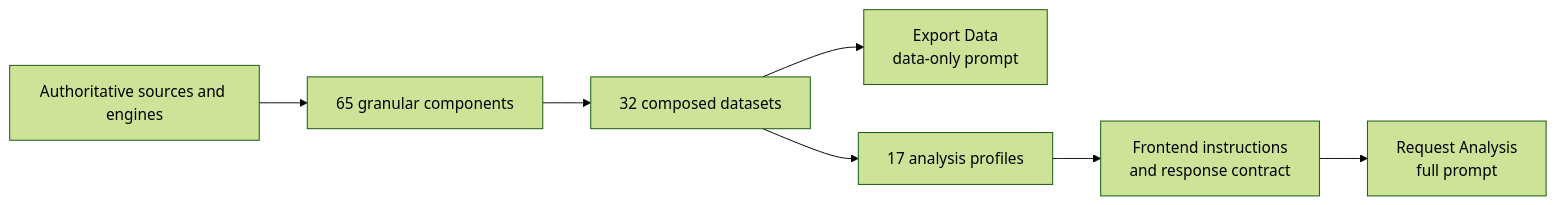
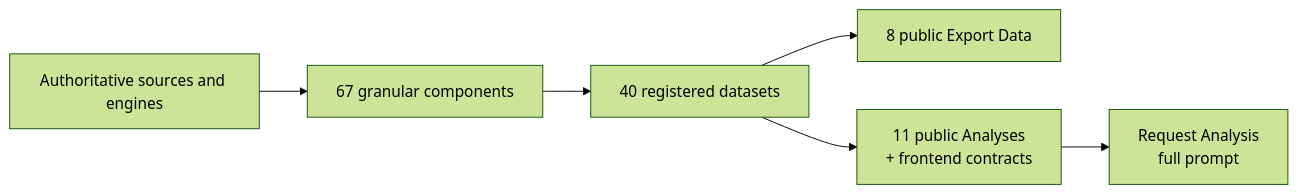
The first of 2 diagrams in mkdocs_src/docs/developer/architecture/patterns/ai_export_snapshot.md (Librefolio/LibreFolio), drawn with Mermaid (forest theme) before and after one commit. The commit also changed other lines of this file and 232 other files, not shown here.

````diff
--- a/mkdocs_src/docs/developer/architecture/patterns/ai_export_snapshot.md
+++ b/mkdocs_src/docs/developer/architecture/patterns/ai_export_snapshot.md
@@ -31,9 +30,8 @@
 ```mermaid
 flowchart LR
-    S["Authoritative sources and engines"] --> C["65 granular components"]
-    C --> D["32 composed datasets"]
-    D --> E["Export Data<br/>data-only prompt"]
-    D --> A["17 analysis profiles"]
-    A --> F["Frontend instructions<br/>and response contract"]
-    F --> P["Request Analysis<br/>full prompt"]
+    S["Authoritative sources and engines"] --> C["67 granular components"]
+    C --> D["40 registered datasets"]
+    D --> E["8 public Export Data"]
+    D --> A["11 public Analyses<br/>+ frontend contracts"]
+    A --> P["Request Analysis<br/>full prompt"]
 ```
````
